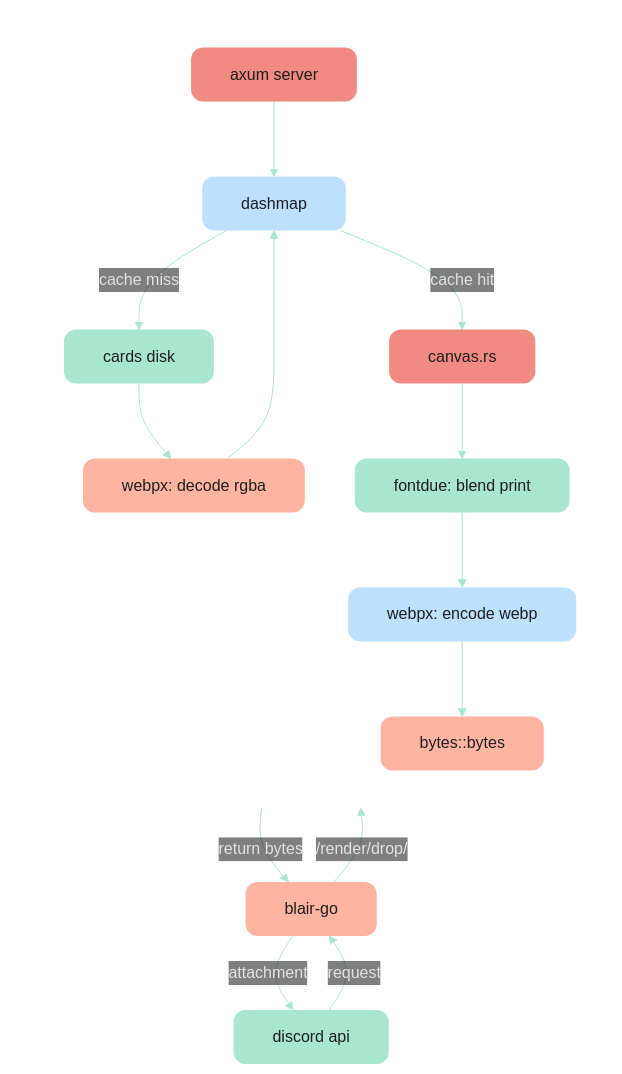
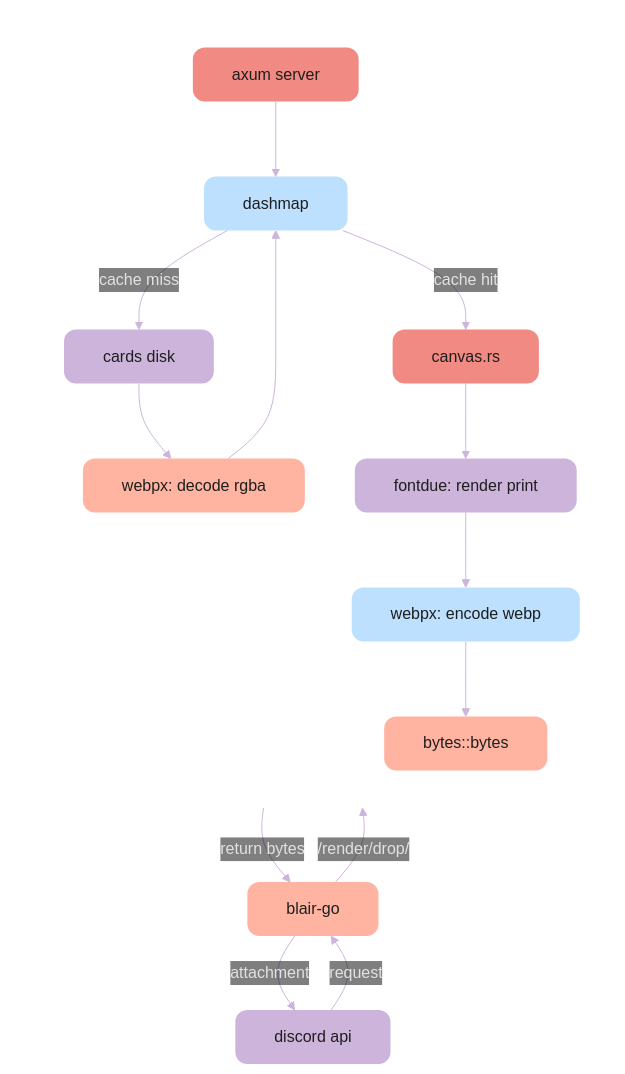
One commit to clarinep/sumi changed the diagram in README.md. Above: the diagram before and after it, drawn with Mermaid.

````diff
--- a/README.md
+++ b/README.md
@@ -51,57 +51,57 @@
 ```mermaid
 ---
 config:
   theme: base
   themeVariables:
     background: "transparent"
     clusterBkg: "transparent"
     clusterBorder: "transparent"
-    lineColor: "#a8e6cf"
+    lineColor: "#cdb4db"
     primaryTextColor: "#e2e2e2"
     edgeLabelBackground: "transparent"
     fontFamily: "ui-sans-serif, system-ui, sans-serif"
   padding: 30
   flowchart:
     curve: basis
 ---
 flowchart TD
     discord["&nbsp;&nbsp;discord api&nbsp;&nbsp;"]
     blair["&nbsp;&nbsp;blair-go&nbsp;&nbsp;"]
 
     subgraph sumi[" "]
         direction TB
         server["&nbsp;&nbsp;axum server&nbsp;&nbsp;"]
         cache["&nbsp;&nbsp;dashmap&nbsp;&nbsp;"]
         disk["&nbsp;&nbsp;cards disk&nbsp;&nbsp;"]
         decode["&nbsp;&nbsp;webpx: decode rgba&nbsp;&nbsp;"]
         canvas["&nbsp;&nbsp;canvas.rs&nbsp;&nbsp;"]
-        fontdue["&nbsp;&nbsp;fontdue: blend print&nbsp;&nbsp;"]
+        fontdue["&nbsp;&nbsp;fontdue: render print&nbsp;&nbsp;"]
         encode["&nbsp;&nbsp;webpx: encode webp&nbsp;&nbsp;"]
         output["&nbsp;&nbsp;bytes::bytes&nbsp;&nbsp;"]
     end
 
     discord -- request --> blair
     blair -- /render/drop/ --> server
 
     server --> cache
     cache -- cache miss --> disk
     disk --> decode
     decode --> cache
     cache -- cache hit --> canvas
     canvas --> fontdue
     fontdue --> encode
     encode --> output
 
     output -- return bytes --> blair
     blair -- attachment --> discord
 
-    classDef base fill:#a8e6cf,stroke:none,color:#1e1e1e,rx:12,ry:12
+    classDef base fill:#cdb4db,stroke:none,color:#1e1e1e,rx:12,ry:12
     classDef peach fill:#ffb4a2,stroke:none,color:#1e1e1e,rx:12,ry:12
     classDef coral fill:#f18a83,stroke:none,color:#1e1e1e,rx:12,ry:12
     classDef blue fill:#bde0fe,stroke:none,color:#1e1e1e,rx:12,ry:12
 
     class discord,disk,fontdue base
     class blair,decode,output peach
     class server,canvas coral
     class cache,encode blue
 ```
````
